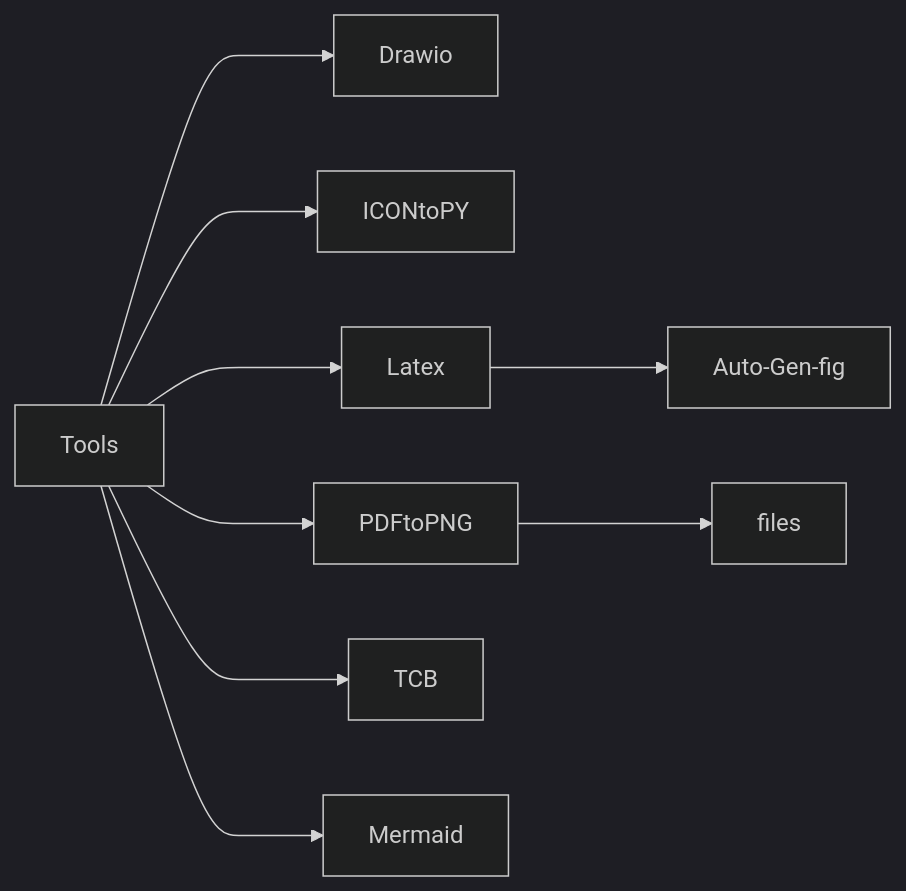
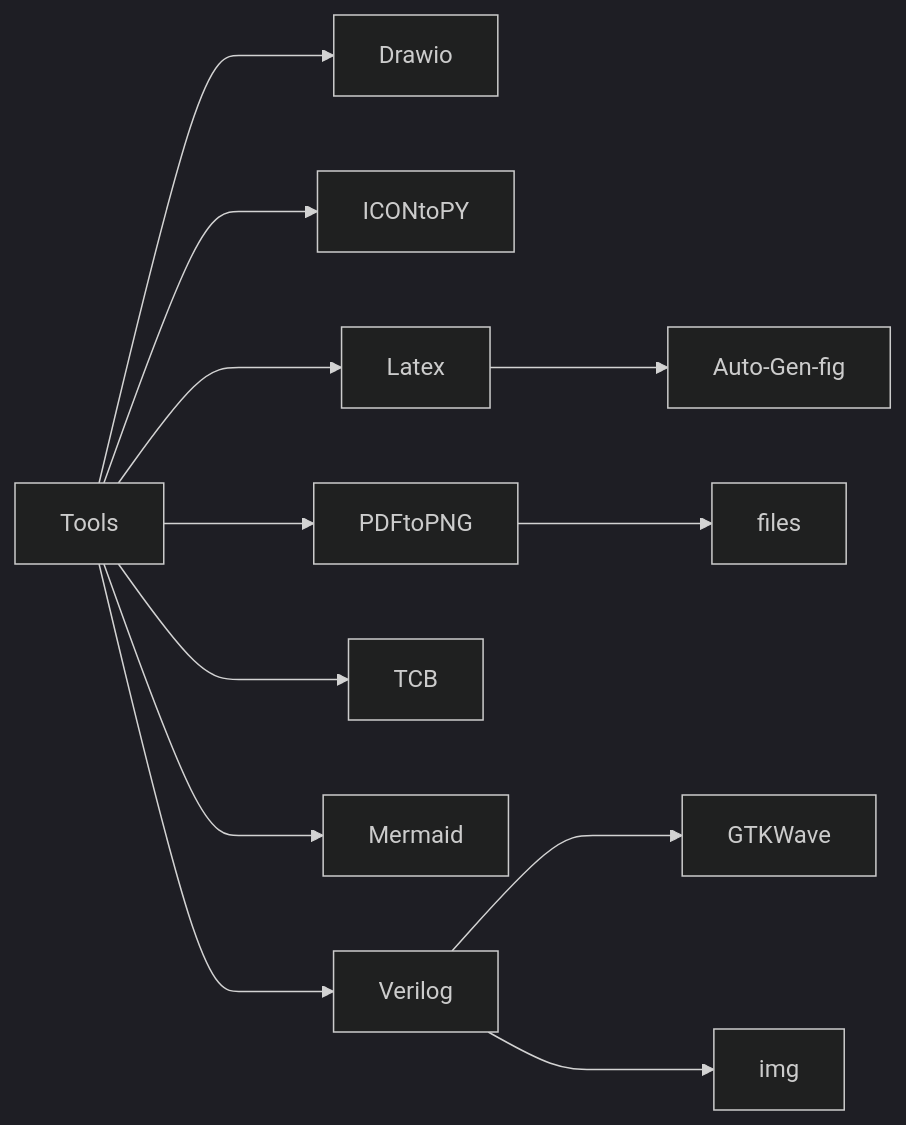
One commit to Wilhelmine21/Wilhelmine21 changed the diagram in Tools/Readme.md. Above: the diagram before and after it, drawn with Mermaid (dark theme).

````diff
--- a/Tools/Readme.md
+++ b/Tools/Readme.md
@@ -5,12 +5,15 @@
 ```mermaid
 graph LR;
 Tools ---> Drawio
 Tools ---> ICONtoPY
 Tools ---> Latex
 Tools ---> PDFtoPNG
 Tools ---> TCB
 Tools ---> Mermaid
+Tools ---> Verilog
 
 PDFtoPNG ---> files
 Latex ---> Auto-Gen-fig
+Verilog ---> GTKWave
+Verilog ---> img
 ```
````
